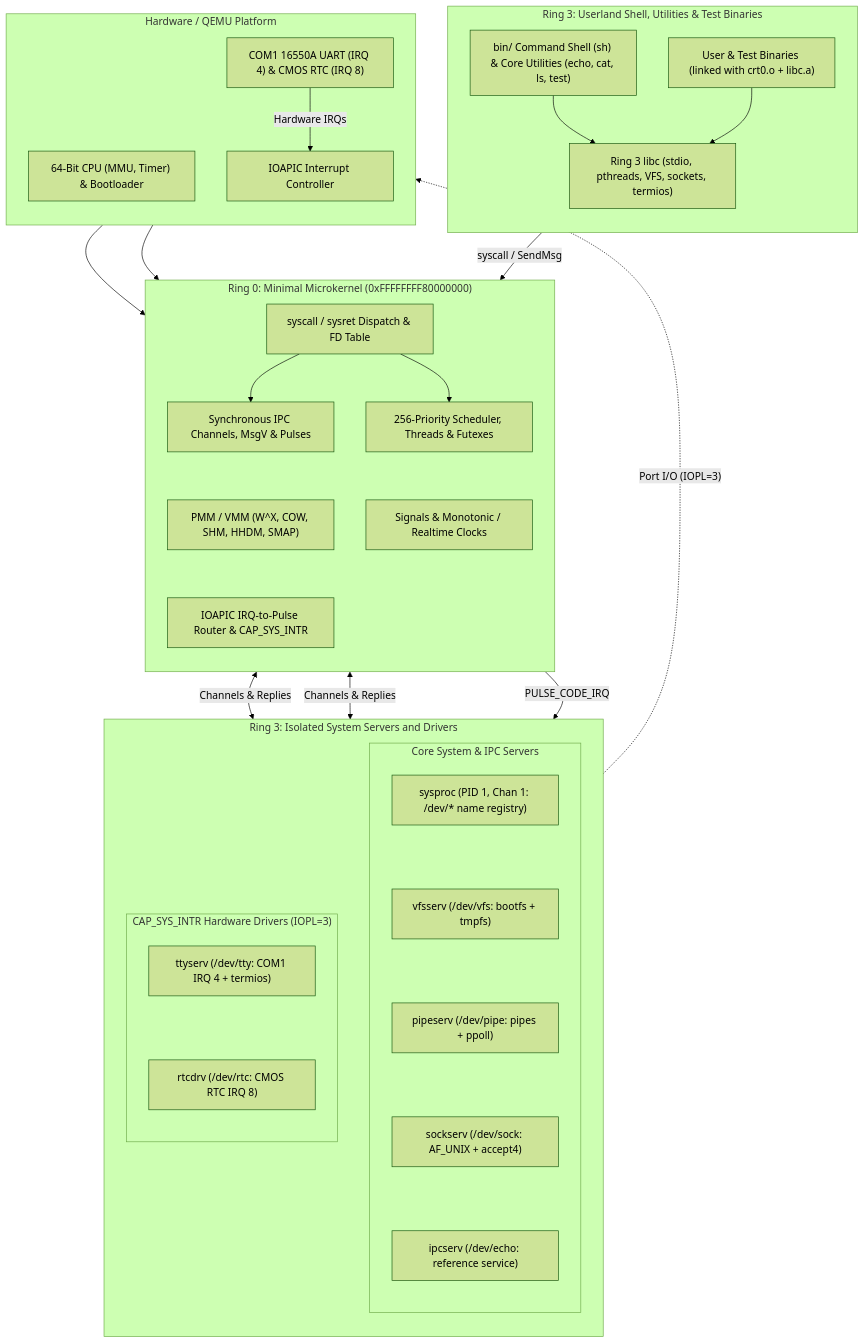
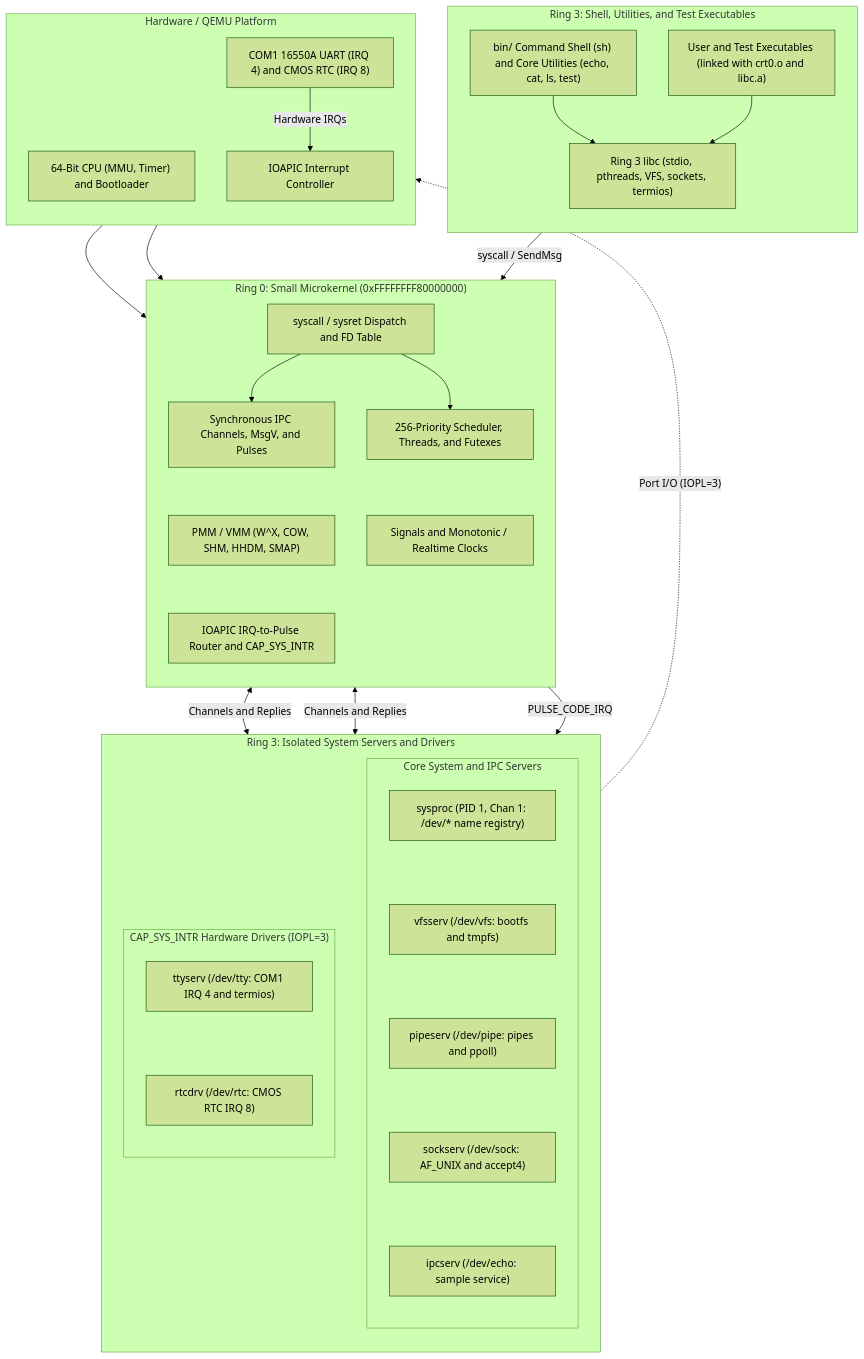
Before and after one commit to Deniz-Eren/microkernel: the diagram in docs/00-overview/context.md, drawn with Mermaid (forest theme). The commit also changed other lines of this file and 151 other files, not shown here.

````diff
--- a/docs/00-overview/context.md
+++ b/docs/00-overview/context.md
@@ -25,64 +26,64 @@
 ```mermaid
 flowchart TD
-    subgraph RING3_APP["Ring 3: Userland Shell, Utilities & Test Binaries"]
+    subgraph RING3_APP["Ring 3: Shell, Utilities, and Test Executables"]
         direction TB
-        SH["bin/ Command Shell (sh) & Core Utilities (echo, cat, ls, test)"]
-        APPS["User & Test Binaries (linked with crt0.o + libc.a)"]
+        SH["bin/ Command Shell (sh) and Core Utilities (echo, cat, ls, test)"]
+        APPS["User and Test Executables (linked with crt0.o and libc.a)"]
         LIBC["Ring 3 libc (stdio, pthreads, VFS, sockets, termios)"]
         SH --> LIBC
         APPS --> LIBC
     end
 
     subgraph RING3_SRV["Ring 3: Isolated System Servers and Drivers"]
         direction TB
-        subgraph CORE_SRV["Core System & IPC Servers"]
+        subgraph CORE_SRV["Core System and IPC Servers"]
             direction TB
             SYSPROC["sysproc (PID 1, Chan 1: /dev/* name registry)"]
-            VFS["vfsserv (/dev/vfs: bootfs + tmpfs)"]
-            PIPE["pipeserv (/dev/pipe: pipes + ppoll)"]
-            SOCK["sockserv (/dev/sock: AF_UNIX + accept4)"]
-            ECHO["ipcserv (/dev/echo: reference service)"]
+            VFS["vfsserv (/dev/vfs: bootfs and tmpfs)"]
+            PIPE["pipeserv (/dev/pipe: pipes and ppoll)"]
+            SOCK["sockserv (/dev/sock: AF_UNIX and accept4)"]
+            ECHO["ipcserv (/dev/echo: sample service)"]
             SYSPROC ~~~ VFS
             VFS ~~~ PIPE
             PIPE ~~~ SOCK
             SOCK ~~~ ECHO
         end
         subgraph DRV_SRV["CAP_SYS_INTR Hardware Drivers (IOPL=3)"]
             direction TB
-            TTY["ttyserv (/dev/tty: COM1 IRQ 4 + termios)"]
+            TTY["ttyserv (/dev/tty: COM1 IRQ 4 and termios)"]
             RTC["rtcdrv (/dev/rtc: CMOS RTC IRQ 8)"]
             TTY ~~~ RTC
         end
     end
 
-    subgraph RING0["Ring 0: Minimal Microkernel (0xFFFFFFFF80000000)"]
+    subgraph RING0["Ring 0: Small Microkernel (0xFFFFFFFF80000000)"]
         direction TB
-        SYSCALL["syscall / sysret Dispatch & FD Table"]
-        IPC["Synchronous IPC Channels, MsgV & Pulses"]
-        SCHED["256-Priority Scheduler, Threads & Futexes"]
+        SYSCALL["syscall / sysret Dispatch and FD Table"]
+        IPC["Synchronous IPC Channels, MsgV, and Pulses"]
+        SCHED["256-Priority Scheduler, Threads, and Futexes"]
         MM["PMM / VMM (W^X, COW, SHM, HHDM, SMAP)"]
-        SIGTIME["Signals & Monotonic / Realtime Clocks"]
-        IRQ["IOAPIC IRQ-to-Pulse Router & CAP_SYS_INTR"]
+        SIGTIME["Signals and Monotonic / Realtime Clocks"]
+        IRQ["IOAPIC IRQ-to-Pulse Router and CAP_SYS_INTR"]
         SYSCALL --> IPC
         SYSCALL --> SCHED
         IPC ~~~ MM
         SCHED ~~~ SIGTIME
         MM ~~~ IRQ
     end
 
     subgraph HW["Hardware / QEMU Platform"]
         direction TB
-        CPU["64-Bit CPU (MMU, Timer) & Bootloader"]
+        CPU["64-Bit CPU (MMU, Timer) and Bootloader"]
         IOAPIC["IOAPIC Interrupt Controller"]
-        DEV["COM1 16550A UART (IRQ 4) & CMOS RTC (IRQ 8)"]
+        DEV["COM1 16550A UART (IRQ 4) and CMOS RTC (IRQ 8)"]
         DEV -->|"Hardware IRQs"| IOAPIC
     end
 
     LIBC -->|"syscall / SendMsg"| SYSCALL
-    IPC <-->|"Channels & Replies"| CORE_SRV
-    IPC <-->|"Channels & Replies"| DRV_SRV
+    IPC <-->|"Channels and Replies"| CORE_SRV
+    IPC <-->|"Channels and Replies"| DRV_SRV
     IOAPIC --> IRQ
     IRQ -->|"PULSE_CODE_IRQ"| DRV_SRV
     DRV_SRV -.->|"Port I/O (IOPL=3)"| DEV
     CPU --> SCHED
 ```
````
